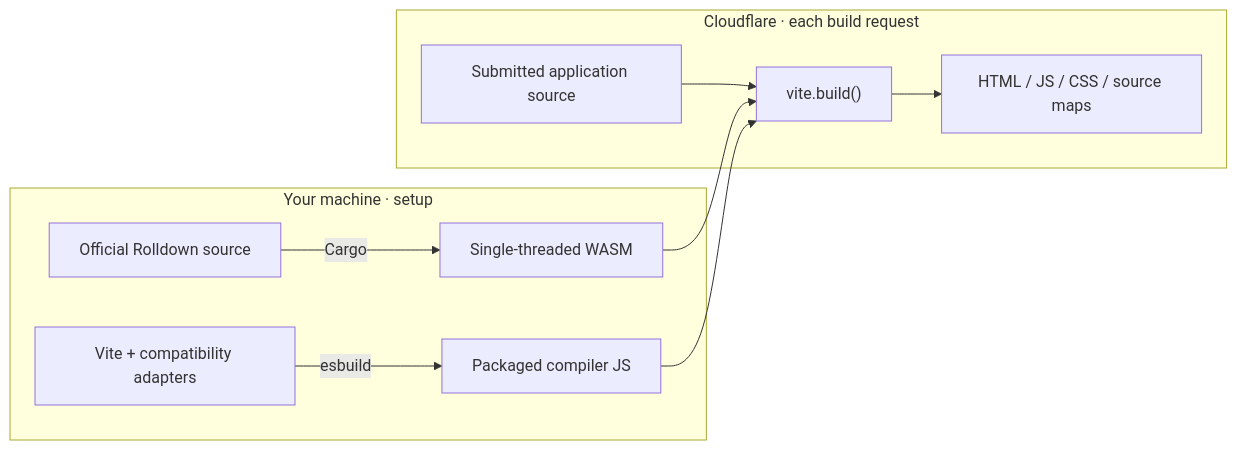
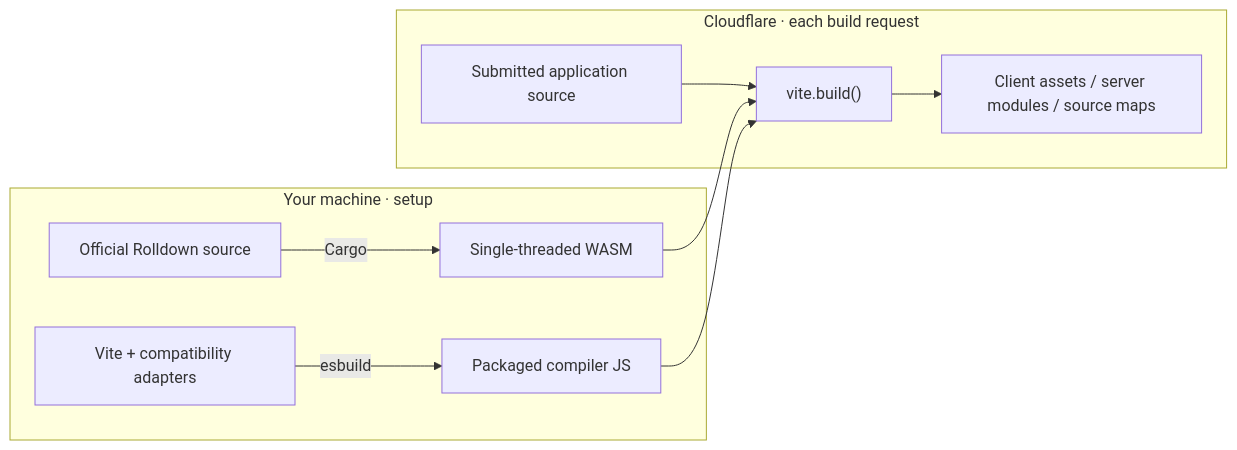
One commit to irvinebroque/vite-in-workers changed the second of 2 diagrams in README.md. Above: the diagram before and after it, drawn with Mermaid. The commit also changed other lines of this file and 34 other files, not shown here.

````diff
--- a/README.md
+++ b/README.md
@@ -72,13 +82,13 @@
 ```mermaid
 flowchart LR
     subgraph Setup["Your machine · setup"]
         Rust[Official Rolldown source] -->|Cargo| WASM[Single-threaded WASM]
         Vite[Vite + compatibility adapters] -->|esbuild| JS[Packaged compiler JS]
     end
     subgraph Request["Cloudflare · each build request"]
         Source[Submitted application source] --> Build["vite.build()"]
-        Build --> Output[HTML / JS / CSS / source maps]
+        Build --> Output[Client assets / server modules / source maps]
     end
     WASM --> Build
     JS --> Build
 ```
````
